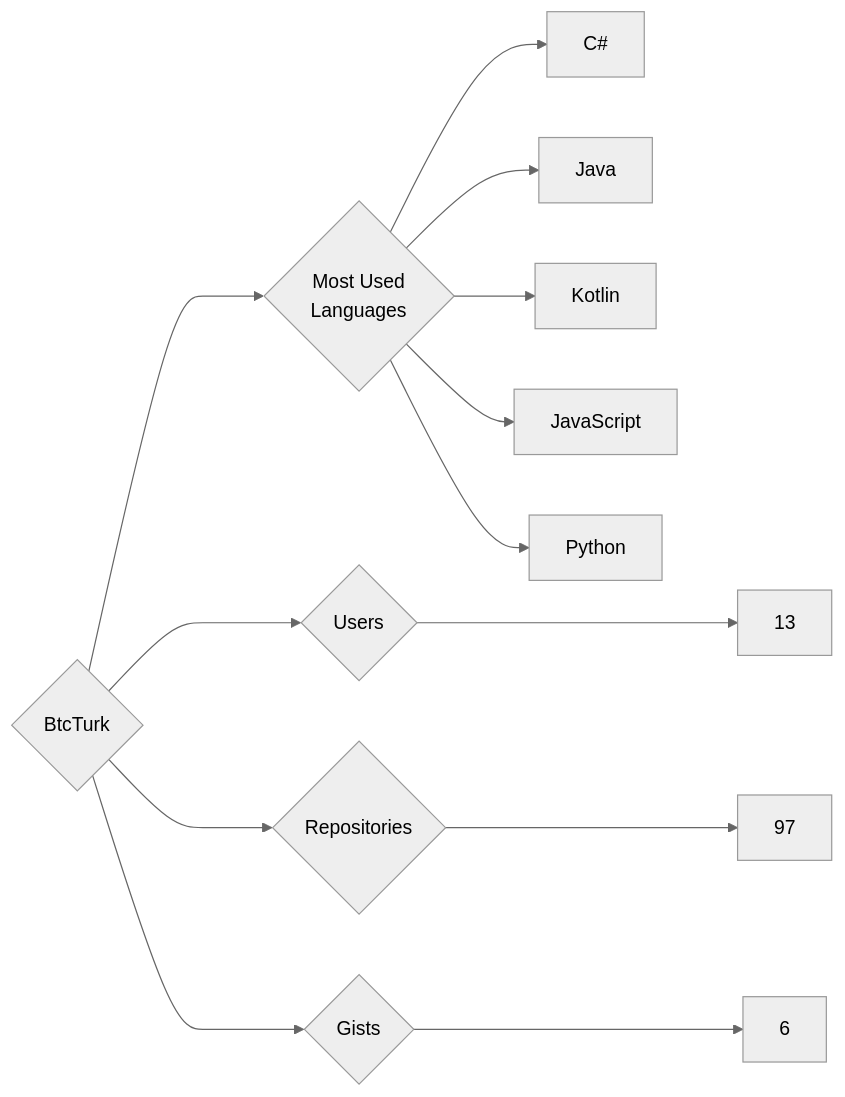
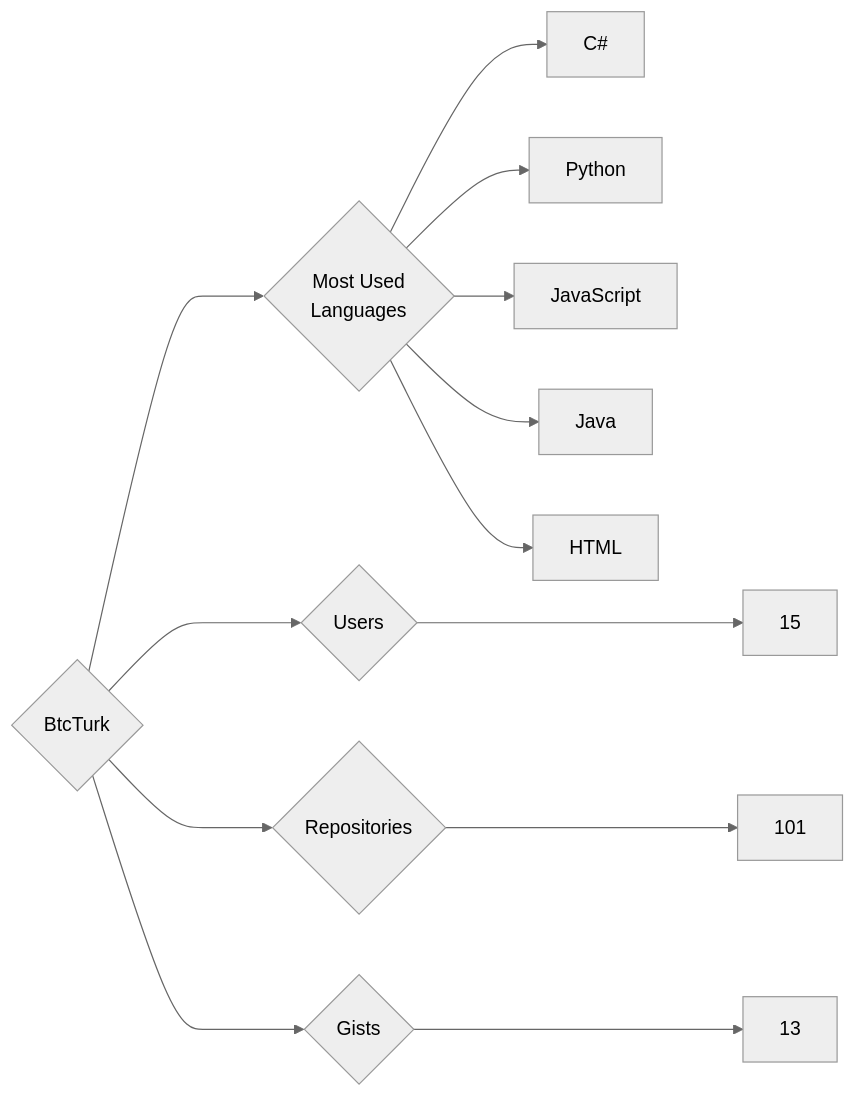
The diagram in targets/BtcTurk/README.md (trickest/insiders), drawn with Mermaid (neutral theme) before and after one commit. The commit also changed 775 other files, not shown here.

````diff
--- a/targets/BtcTurk/README.md
+++ b/targets/BtcTurk/README.md
@@ -3,13 +3,13 @@
 ```mermaid
 graph LR
 COMPANY_NAME{BtcTurk}
-COMPANY_NAME ---> U{Users} ---> UN[13]
-COMPANY_NAME ---> R{Repositories} ---> RN[97]
-COMPANY_NAME ---> G{Gists} ---> GN[6]
+COMPANY_NAME ---> U{Users} ---> UN[15]
+COMPANY_NAME ---> R{Repositories} ---> RN[101]
+COMPANY_NAME ---> G{Gists} ---> GN[13]
 COMPANY_NAME ---> ML{Most Used<br>Languages}
 ML --> C#[C#]
+ML --> Python[Python]
+ML --> JavaScript[JavaScript]
 ML --> Java[Java]
-ML --> Kotlin[Kotlin]
-ML --> JavaScript[JavaScript]
-ML --> Python[Python]
+ML --> HTML[HTML]
 ```
````
